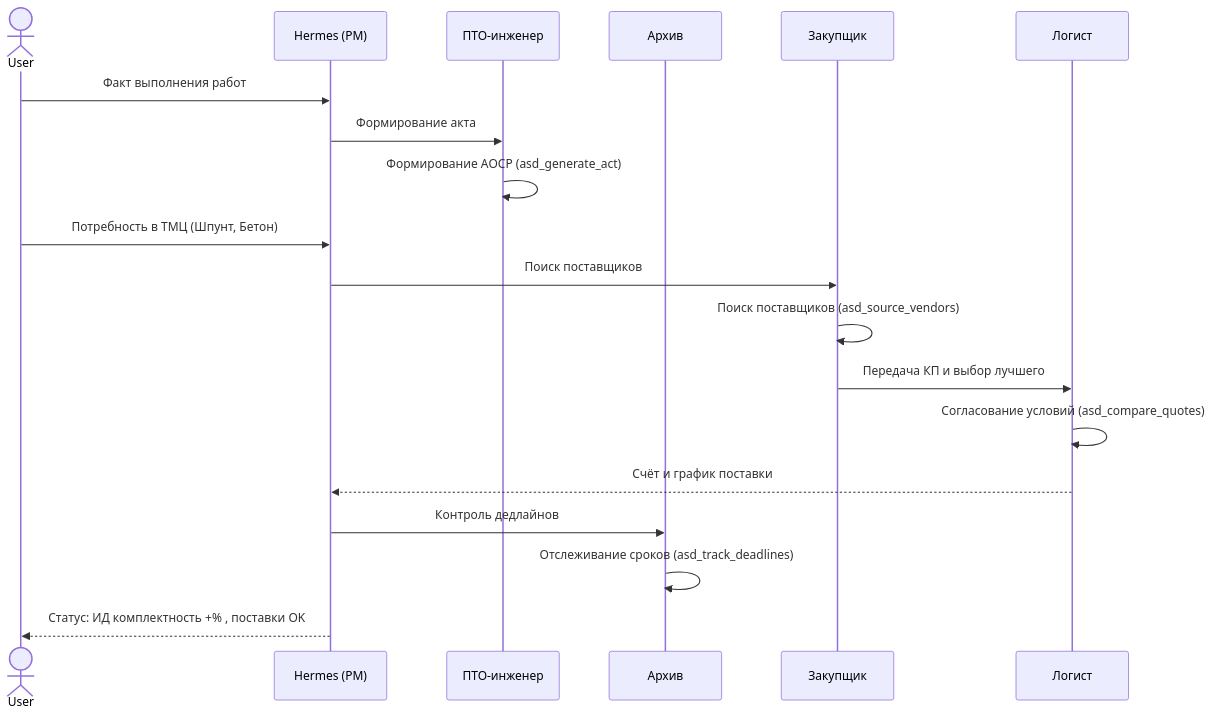
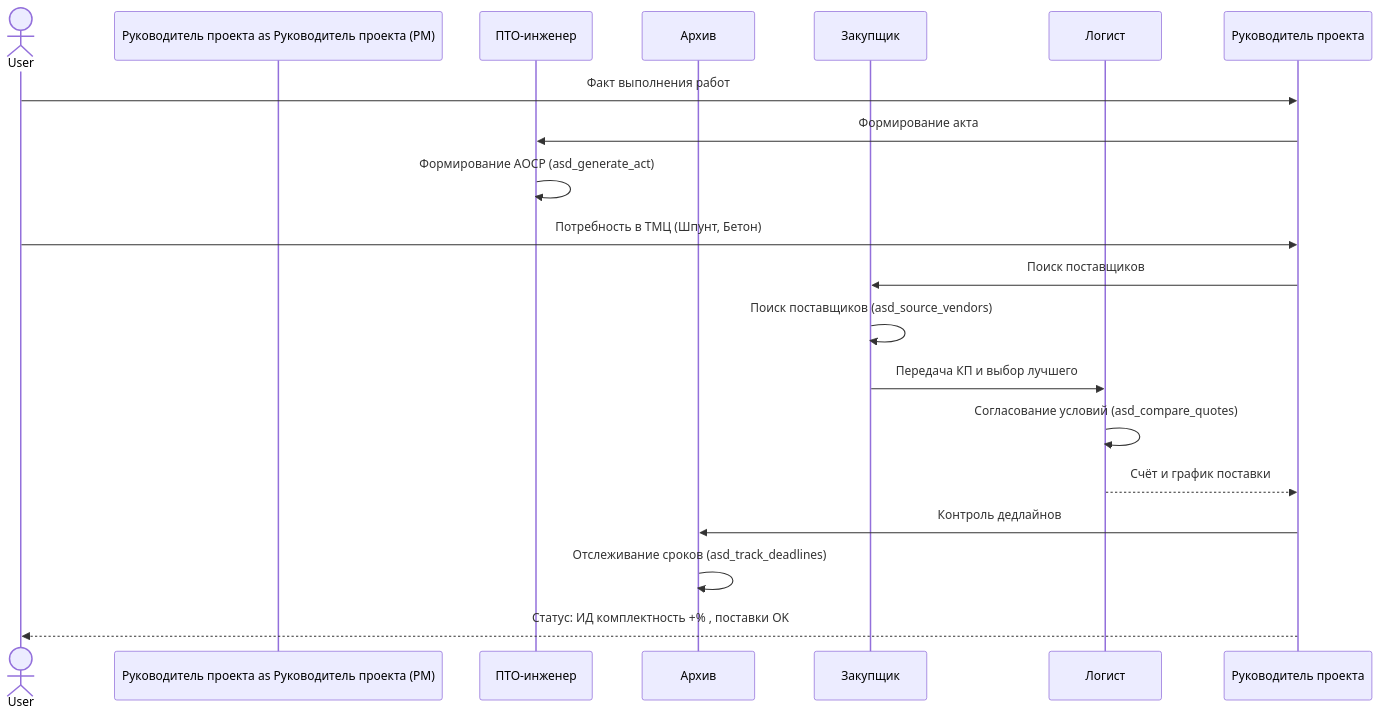
The fourth of 6 diagrams in docs/BUILDING_LIFECYCLE_WORKFLOW.md (yamazaki1711/mac_asd), drawn with Mermaid before and after one commit. The commit also changed other lines of this file and 56 other files, not shown here.

````diff
--- a/docs/BUILDING_LIFECYCLE_WORKFLOW.md
+++ b/docs/BUILDING_LIFECYCLE_WORKFLOW.md
@@ -122,25 +122,25 @@
 ```mermaid
 sequenceDiagram
     actor User
-    participant Hermes as Hermes (PM)
+    participant Руководитель проекта as Руководитель проекта (PM)
     participant PTO as ПТО-инженер
     participant Delo as Архив
     participant Proc as Закупщик
     participant Log as Логист
 
-    User->>Hermes: Факт выполнения работ
-    Hermes->>PTO: Формирование акта
+    User->>Руководитель проекта: Факт выполнения работ
+    Руководитель проекта->>PTO: Формирование акта
     PTO->>PTO: Формирование АОСР (asd_generate_act)
 
-    User->>Hermes: Потребность в ТМЦ (Шпунт, Бетон)
-    Hermes->>Proc: Поиск поставщиков
+    User->>Руководитель проекта: Потребность в ТМЦ (Шпунт, Бетон)
+    Руководитель проекта->>Proc: Поиск поставщиков
     Proc->>Proc: Поиск поставщиков (asd_source_vendors)
     Proc->>Log: Передача КП и выбор лучшего
     Log->>Log: Согласование условий (asd_compare_quotes)
-    Log-->>Hermes: Счёт и график поставки
+    Log-->>Руководитель проекта: Счёт и график поставки
 
-    Hermes->>Delo: Контроль дедлайнов
+    Руководитель проекта->>Delo: Контроль дедлайнов
     Delo->>Delo: Отслеживание сроков (asd_track_deadlines)
 
-    Hermes-->>User: Статус: ИД комплектность +% , поставки OK
+    Руководитель проекта-->>User: Статус: ИД комплектность +% , поставки OK
 ```
````
